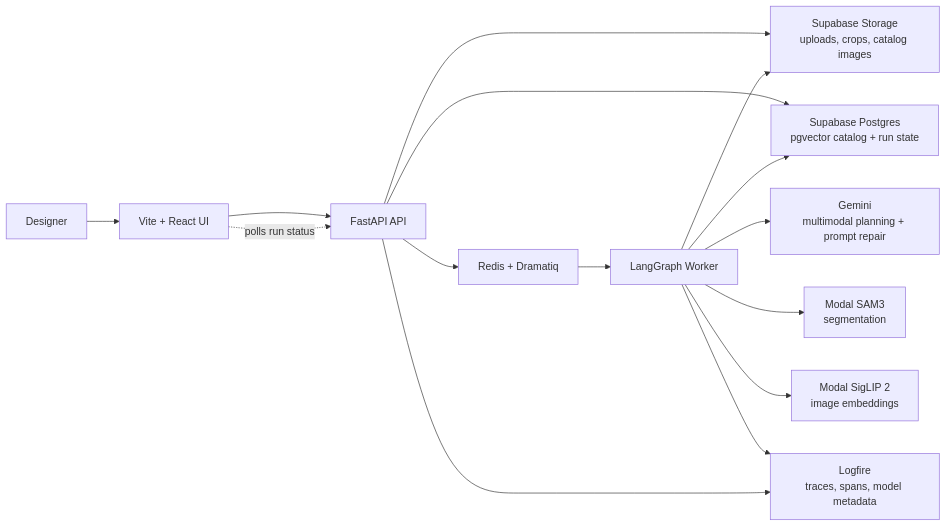
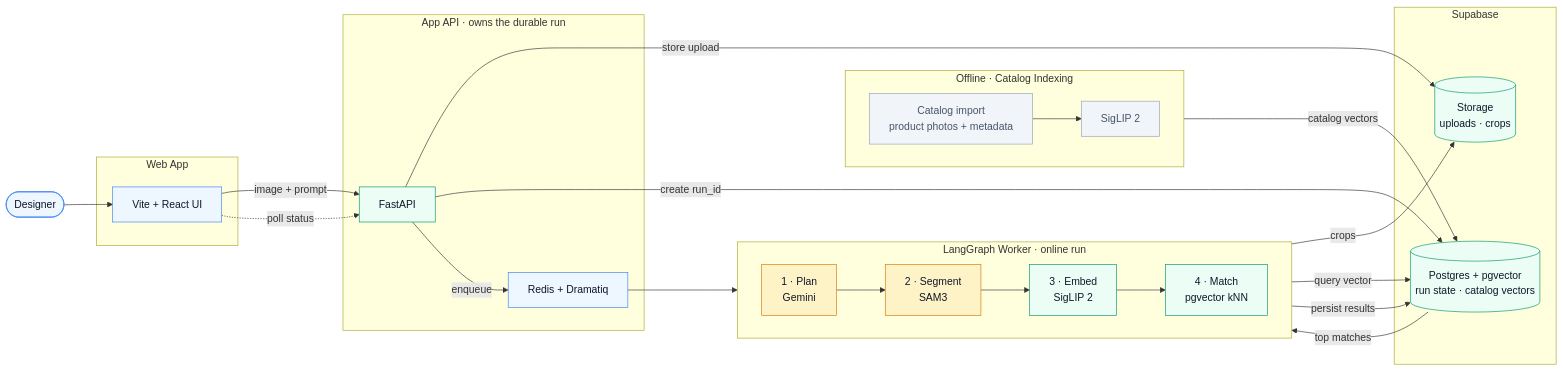
One commit to i-am-neon/material-search changed the first of 3 diagrams in README.md. Above: the diagram before and after it, drawn with Mermaid. The commit also changed other lines of this file, not shown here.

````diff
--- a/README.md
+++ b/README.md
@@ -18,29 +46,51 @@
 ```mermaid
 flowchart LR
-  User["Designer"]
-  UI["Vite + React UI"]
-  API["FastAPI API"]
-  Queue["Redis + Dramatiq"]
-  Graph["LangGraph Worker"]
-  Gemini["Gemini<br/>multimodal planning + prompt repair"]
-  SAM3["Modal SAM3<br/>segmentation"]
-  SigLIP["Modal SigLIP 2<br/>image embeddings"]
-  DB["Supabase Postgres<br/>pgvector catalog + run state"]
-  Storage["Supabase Storage<br/>uploads, crops, catalog images"]
-  Logfire["Logfire<br/>traces, spans, model metadata"]
+  classDef advise fill:#fef3c7,stroke:#d97706,color:#0f172a
+  classDef own    fill:#ecfdf5,stroke:#059669,color:#0f172a
+  classDef app    fill:#eef6ff,stroke:#3b82f6,color:#0f172a
+  classDef offline fill:#f1f5f9,stroke:#94a3b8,color:#475569
 
-  User --> UI
-  UI --> API
-  API --> Storage
-  API --> DB
-  API --> Queue
-  Queue --> Graph
-  Graph --> Gemini
-  Graph --> SAM3
-  Graph --> Storage
-  Graph --> SigLIP
-  Graph --> DB
-  Graph --> Logfire
-  API --> Logfire
-  UI -. "polls run status" .-> API
+  subgraph offline["Offline · Catalog Indexing"]
+    direction LR
+    Cat["Catalog import<br/>product photos + metadata"]:::offline
+    CatEmbed["SigLIP 2"]:::offline
+    Cat --> CatEmbed
+  end
+
+  Designer(["Designer"]):::app
+
+  subgraph client["Web App"]
+    UI["Vite + React UI"]:::app
+  end
+
+  subgraph api["App API · owns the durable run"]
+    API["FastAPI"]:::own
+    Queue["Redis + Dramatiq"]:::app
+  end
+
+  subgraph worker["LangGraph Worker · online run"]
+    direction LR
+    Plan["1 · Plan<br/>Gemini"]:::advise
+    Seg["2 · Segment<br/>SAM3"]:::advise
+    Embed["3 · Embed<br/>SigLIP 2"]:::own
+    Match["4 · Match<br/>pgvector kNN"]:::own
+    Plan --> Seg --> Embed --> Match
+  end
+
+  subgraph data["Supabase"]
+    DB[("Postgres + pgvector<br/>run state · catalog vectors")]:::own
+    Store[("Storage<br/>uploads · crops")]:::own
+  end
+
+  CatEmbed -- "catalog vectors" --> DB
+  Designer --> UI
+  UI -- "image + prompt" --> API
+  API -- "store upload" --> Store
+  API -- "create run_id" --> DB
+  API -- "enqueue" --> Queue --> Plan
+  Seg -- "crops" --> Store
+  Match -- "query vector" --> DB
+  DB  -- "top matches" --> Match
+  Match -- "persist results" --> DB
+  UI -. "poll status" .-> API
 ```
````
